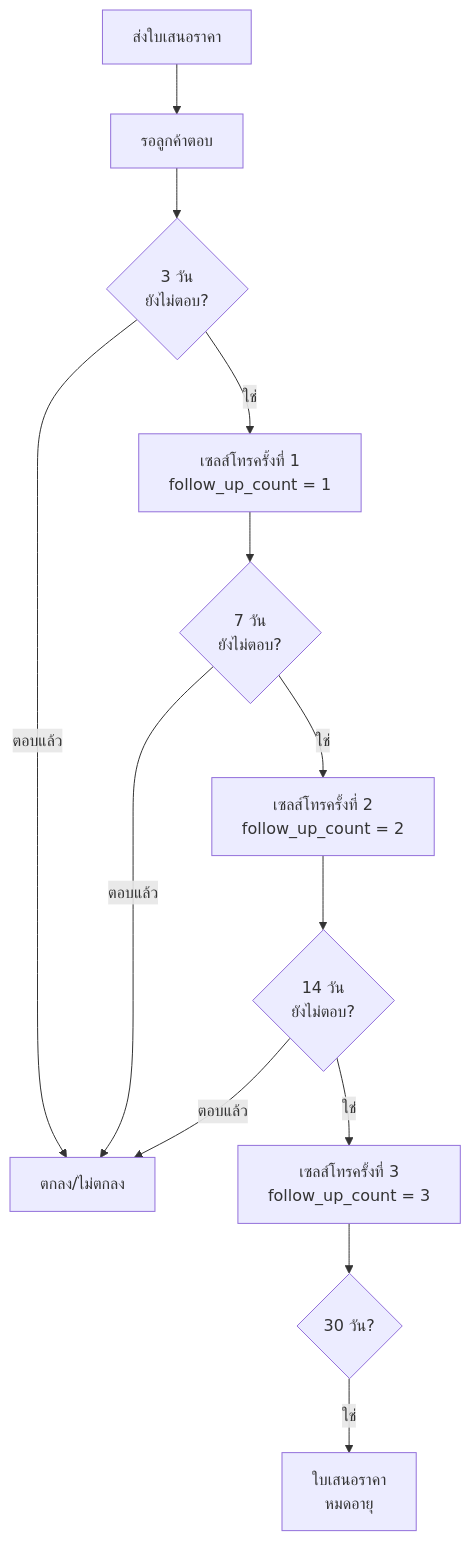
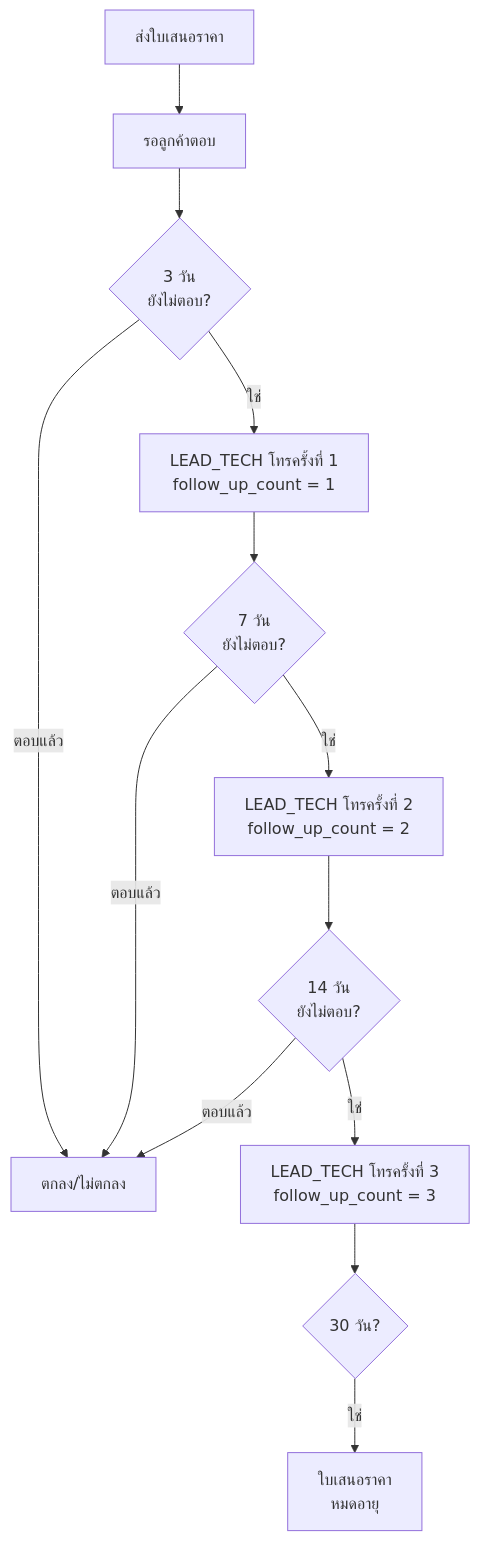
Diagram 33 of 46 in public/docs/FLOW.md (Rachaiyut/mrgreenpest-admin), drawn with Mermaid before and after one commit. The commit also changed other lines of this file, not shown here.

First line of the commit message:
docs(flow): remove standalone Sales role — handled by LEAD_TECH/TECH

````diff
--- a/public/docs/FLOW.md
+++ b/public/docs/FLOW.md
@@ -2656,15 +2583,15 @@
 ```mermaid
 flowchart TD
     Send[ส่งใบเสนอราคา] --> Wait[รอลูกค้าตอบ]
     Wait --> Day3{3 วัน<br/>ยังไม่ตอบ?}
-    Day3 -->|ใช่| Call1[เซลส์โทรครั้งที่ 1<br/>follow_up_count = 1]
+    Day3 -->|ใช่| Call1[LEAD_TECH โทรครั้งที่ 1<br/>follow_up_count = 1]
     Day3 -->|ตอบแล้ว| Decision[ตกลง/ไม่ตกลง]
     Call1 --> Day7{7 วัน<br/>ยังไม่ตอบ?}
-    Day7 -->|ใช่| Call2[เซลส์โทรครั้งที่ 2<br/>follow_up_count = 2]
+    Day7 -->|ใช่| Call2[LEAD_TECH โทรครั้งที่ 2<br/>follow_up_count = 2]
     Day7 -->|ตอบแล้ว| Decision
     Call2 --> Day14{14 วัน<br/>ยังไม่ตอบ?}
-    Day14 -->|ใช่| Call3[เซลส์โทรครั้งที่ 3<br/>follow_up_count = 3]
+    Day14 -->|ใช่| Call3[LEAD_TECH โทรครั้งที่ 3<br/>follow_up_count = 3]
     Day14 -->|ตอบแล้ว| Decision
     Call3 --> Day30{30 วัน?}
     Day30 -->|ใช่| Expire[ใบเสนอราคา<br/>หมดอายุ]
 ```
````
